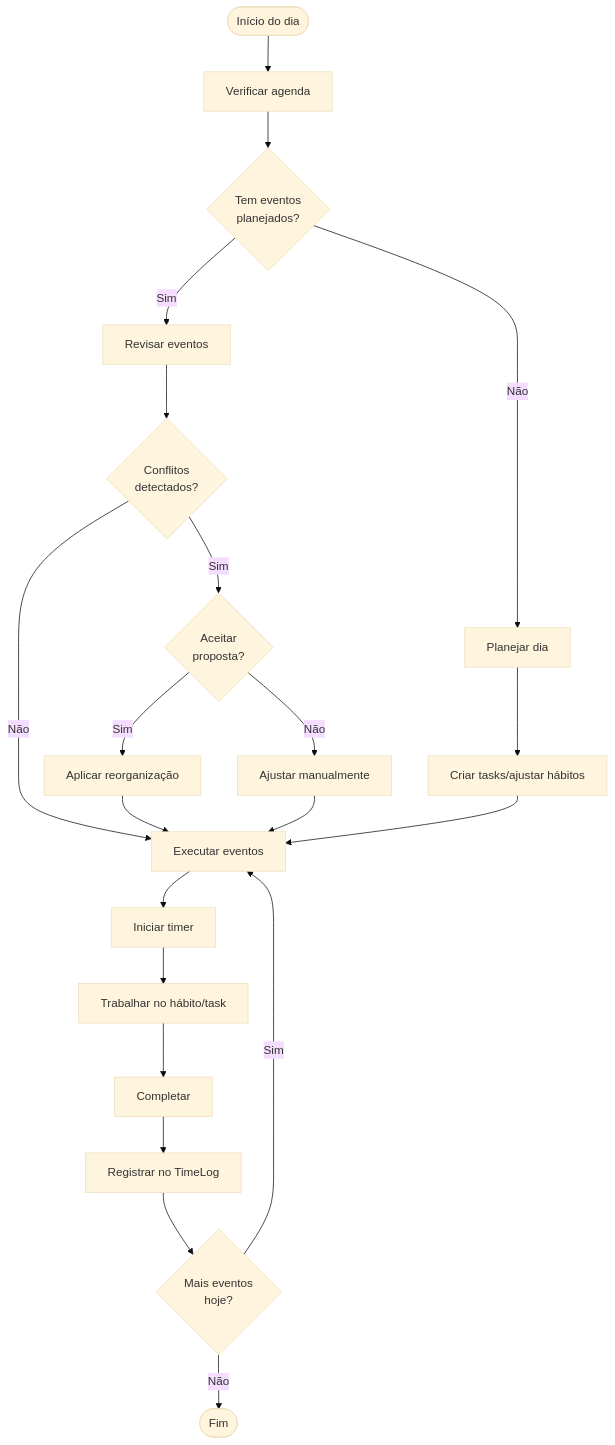
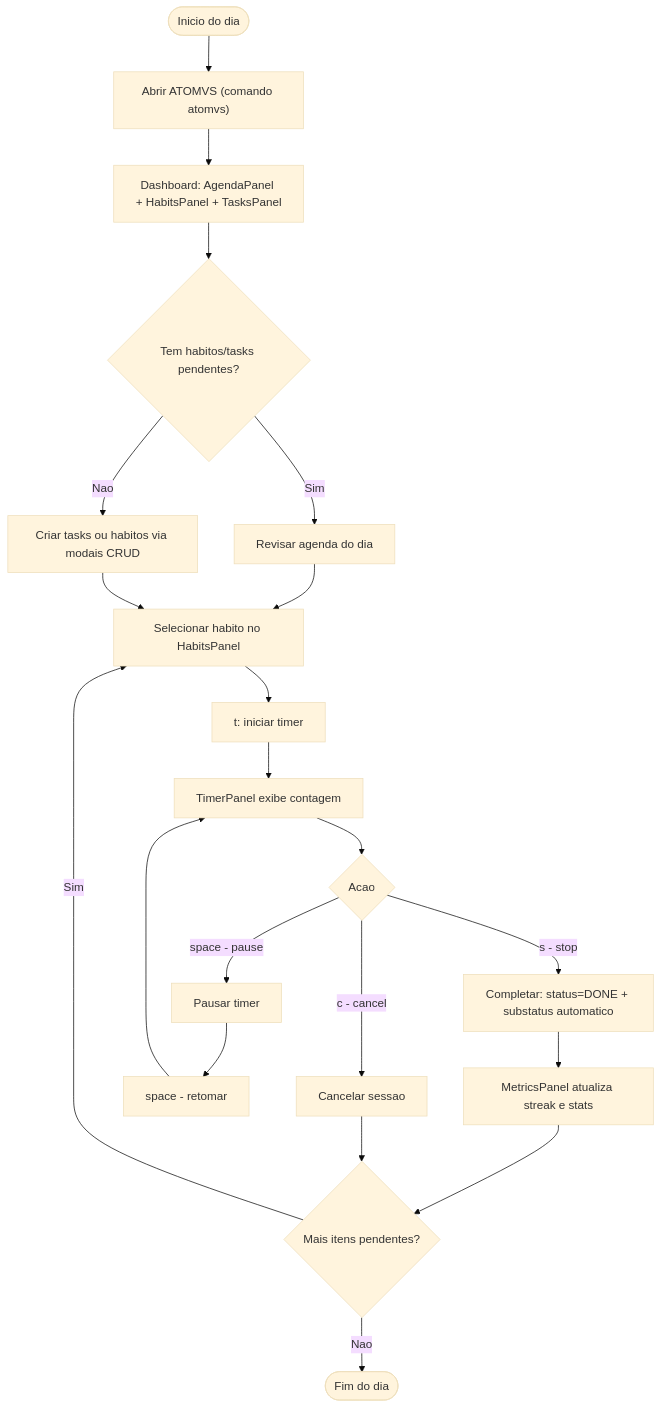
Before and after one commit to fabiodelllima/atomvs-timeblock-terminal: the diagram in docs/diagrams/activity/user-daily-flow.md, drawn with Mermaid (base theme). The commit also changed other lines of this file, not shown here.

Commit message:
docs(diagrams): Atualiza user-daily-flow para TUI/Dashboard
Migra fluxo de CLI para TUI. Keybindings reais: t start,
space pause/resume, s stop, c cancel. Referencia painéis
corretos do dashboard.

````diff
--- a/docs/diagrams/activity/user-daily-flow.md
+++ b/docs/diagrams/activity/user-daily-flow.md
@@ -6,31 +6,33 @@
 ```mermaid
 flowchart TD
-    Start([Início do dia]) --> Check[Verificar agenda]
-    Check --> HasEvents{Tem eventos<br/>planejados?}
+    Start([Inicio do dia]) --> Open["Abrir ATOMVS (comando atomvs)"]
+    Open --> Dashboard[Dashboard: AgendaPanel + HabitsPanel + TasksPanel]
 
-    HasEvents -->|Não| Plan[Planejar dia]
-    HasEvents -->|Sim| Review[Revisar eventos]
+    Dashboard --> HasPending{Tem habitos/tasks pendentes?}
 
-    Plan --> Create[Criar tasks/ajustar hábitos]
-    Review --> Conflicts{Conflitos<br/>detectados?}
+    HasPending -->|Nao| Plan[Criar tasks ou habitos via modais CRUD]
+    HasPending -->|Sim| Review[Revisar agenda do dia]
 
-    Conflicts -->|Sim| Decide{Aceitar<br/>proposta?}
-    Conflicts -->|Não| Execute
+    Review --> Execute[Selecionar habito no HabitsPanel]
 
-    Decide -->|Sim| Apply[Aplicar reorganização]
-    Decide -->|Não| Manual[Ajustar manualmente]
+    Plan --> Execute
 
-    Apply --> Execute[Executar eventos]
-    Manual --> Execute
-    Create --> Execute
+    Execute --> StartTimer["t: iniciar timer"]
+    StartTimer --> Work[TimerPanel exibe contagem]
+    Work --> Action{Acao}
 
-    Execute --> Timer[Iniciar timer]
-    Timer --> Work[Trabalhar no hábito/task]
-    Work --> Complete[Completar]
+    Action -->|"s - stop"| Complete[Completar: status=DONE + substatus automatico]
+    Action -->|"space - pause"| Pause[Pausar timer]
+    Action -->|"c - cancel"| Cancel[Cancelar sessao]
 
-    Complete --> Log[Registrar no TimeLog]
-    Log --> More{Mais eventos<br/>hoje?}
+    Pause --> Resume["space - retomar"]
+    Resume --> Work
+
+    Complete --> Metrics[MetricsPanel atualiza streak e stats]
+    Metrics --> More{Mais itens pendentes?}
 
     More -->|Sim| Execute
-    More -->|Não| End([Fim])
+    More -->|Nao| End([Fim do dia])
+
+    Cancel --> More
 ```
````
